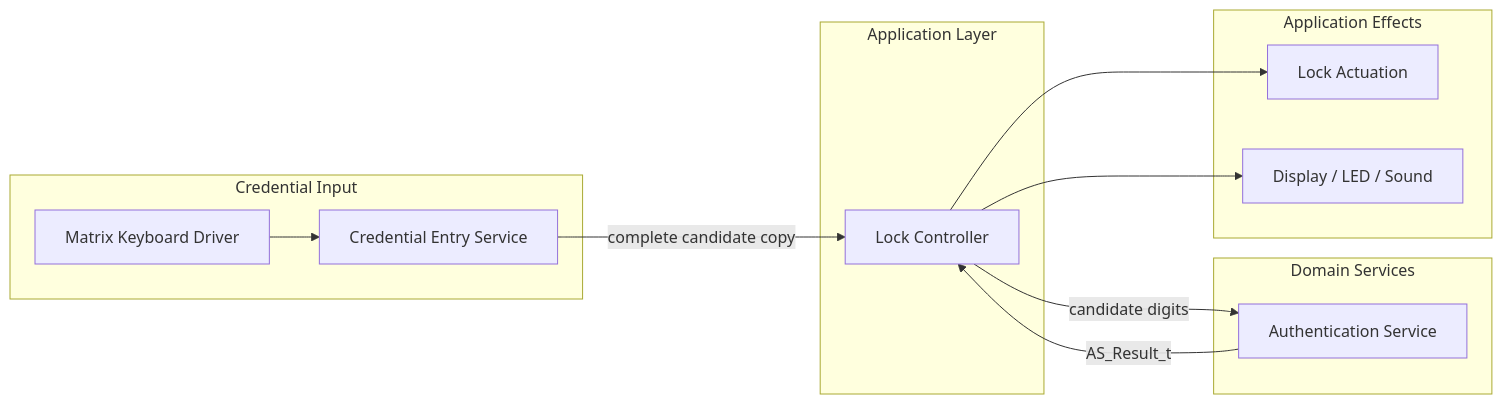
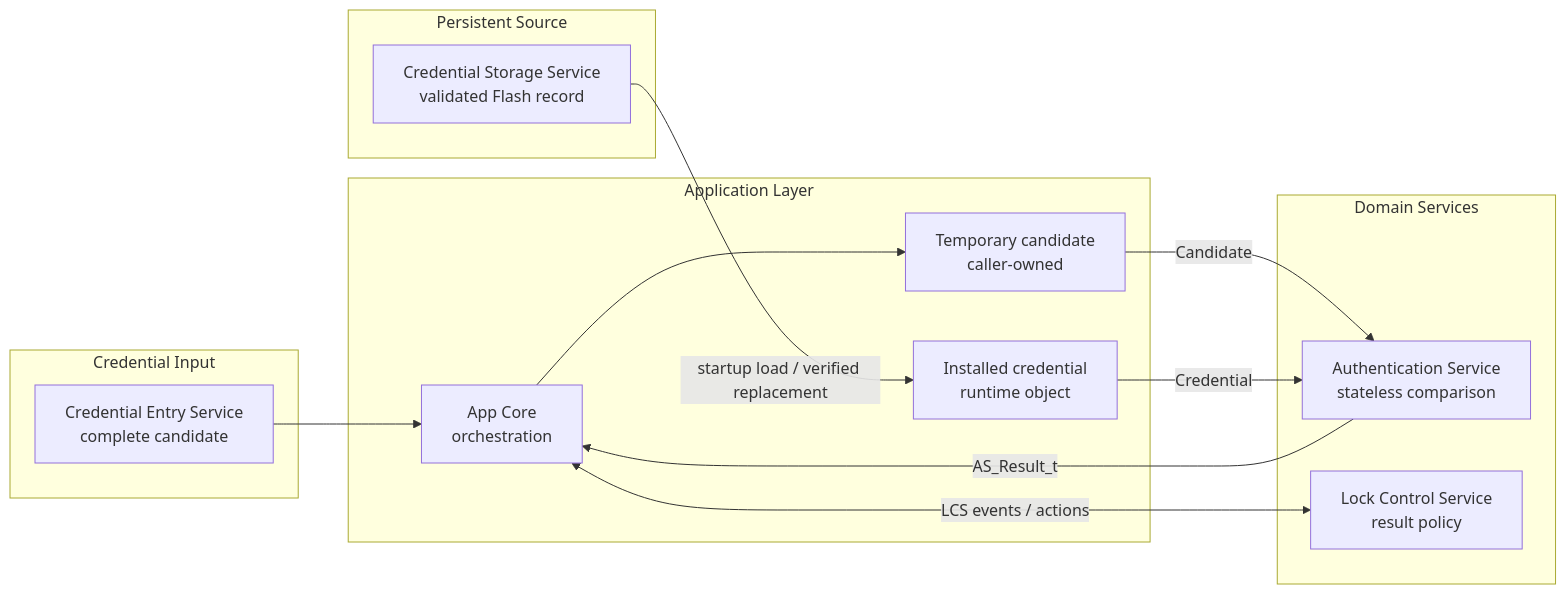
Before and after one commit to JP-REY/STM32F103C8T6-Based-Electronic-Lock: the first of 4 diagrams in Libs/Services/Authentication/README.md, drawn with Mermaid. The commit also changed other lines of this file and 2 other files, not shown here.

First line of the commit message:
refactor(authentication): use caller-provided runtime credential

````diff
--- a/Libs/Services/Authentication/README.md
+++ b/Libs/Services/Authentication/README.md
@@ -105,27 +117,29 @@
 ```mermaid
 flowchart LR
     subgraph INPUT["Credential Input"]
-        MK["Matrix Keyboard Driver"]
-        CES["Credential Entry Service"]
+        CES["Credential Entry Service<br/>complete candidate"]
     end
 
-    subgraph APPLICATION["Application Layer"]
-        CTRL["Lock Controller"]
+    subgraph PERSISTENCE["Persistent Source"]
+        CSS["Credential Storage Service<br/>validated Flash record"]
+    end
+
+    subgraph APP["Application Layer"]
+        CORE["App Core<br/>orchestration"]
+        CANDIDATE["Temporary candidate<br/>caller-owned"]
+        RUNTIME["Installed credential<br/>runtime object"]
     end
 
     subgraph SERVICES["Domain Services"]
-        AUTH["Authentication Service"]
+        AUTH["Authentication Service<br/>stateless comparison"]
+        LCS["Lock Control Service<br/>result policy"]
     end
 
-    subgraph OUTPUT["Application Effects"]
-        LOCK["Lock Actuation"]
-        UI["Display / LED / Sound"]
-    end
-
-    MK --> CES
-    CES -->|"complete candidate copy"| CTRL
-    CTRL -->|"candidate digits"| AUTH
-    AUTH -->|"AS_Result_t"| CTRL
-    CTRL --> LOCK
-    CTRL --> UI
+    CES --> CORE
+    CORE --> CANDIDATE
+    CSS -->|"startup load / verified replacement"| RUNTIME
+    CANDIDATE -->|"Candidate"| AUTH
+    RUNTIME -->|"Credential"| AUTH
+    AUTH -->|"AS_Result_t"| CORE
+    CORE <-->|"LCS events / actions"| LCS
 ```
````
